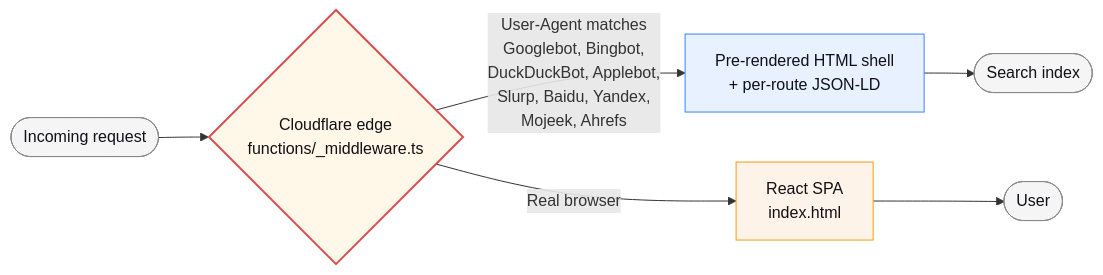
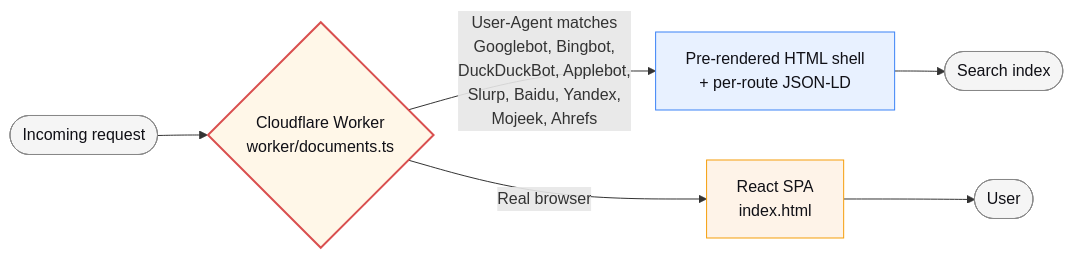
One commit to RazonIn4K/Mii-pixelart changed the first of 2 diagrams in living-the-grid-studio/README.md. Above: the diagram before and after it, drawn with Mermaid. The commit also changed other lines of this file and 380 other files, not shown here.

````diff
--- a/living-the-grid-studio/README.md
+++ b/living-the-grid-studio/README.md
@@ -63,17 +97,17 @@
 ```mermaid
 flowchart LR
-    REQ([Incoming request]) --> EDGE{Cloudflare edge<br/>functions/_middleware.ts}
+    REQ([Incoming request]) --> EDGE{Cloudflare Worker<br/>worker/documents.ts}
     EDGE -- User-Agent matches<br/>Googlebot, Bingbot,<br/>DuckDuckBot, Applebot,<br/>Slurp, Baidu, Yandex,<br/>Mojeek, Ahrefs --> SHELL[Pre-rendered HTML shell<br/>+ per-route JSON-LD]
     EDGE -- Real browser --> SPA[React SPA<br/>index.html]
     SHELL --> CRAWL([Search index])
     SPA --> USER([User])
 
     classDef edge fill:#fff7e8,stroke:#d94f4f,color:#101016,stroke-width:2px
     classDef shell fill:#e8f1ff,stroke:#3b82f6,color:#101016
     classDef spa fill:#fef3e8,stroke:#f59e0b,color:#101016
     classDef terminal fill:#f5f5f5,stroke:#888,color:#101016
     class EDGE edge
     class SHELL shell
     class SPA spa
     class REQ,CRAWL,USER terminal
 ```
````
